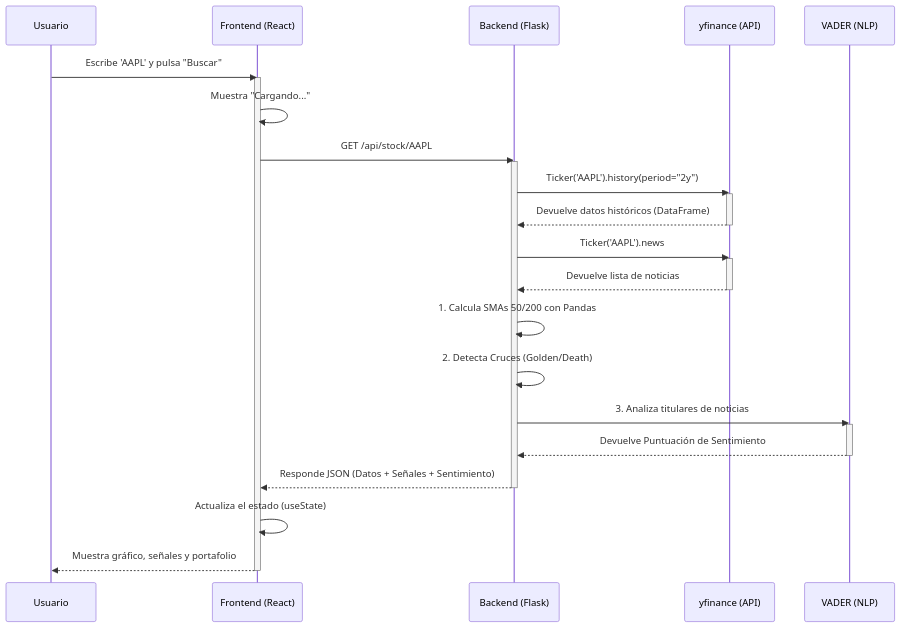
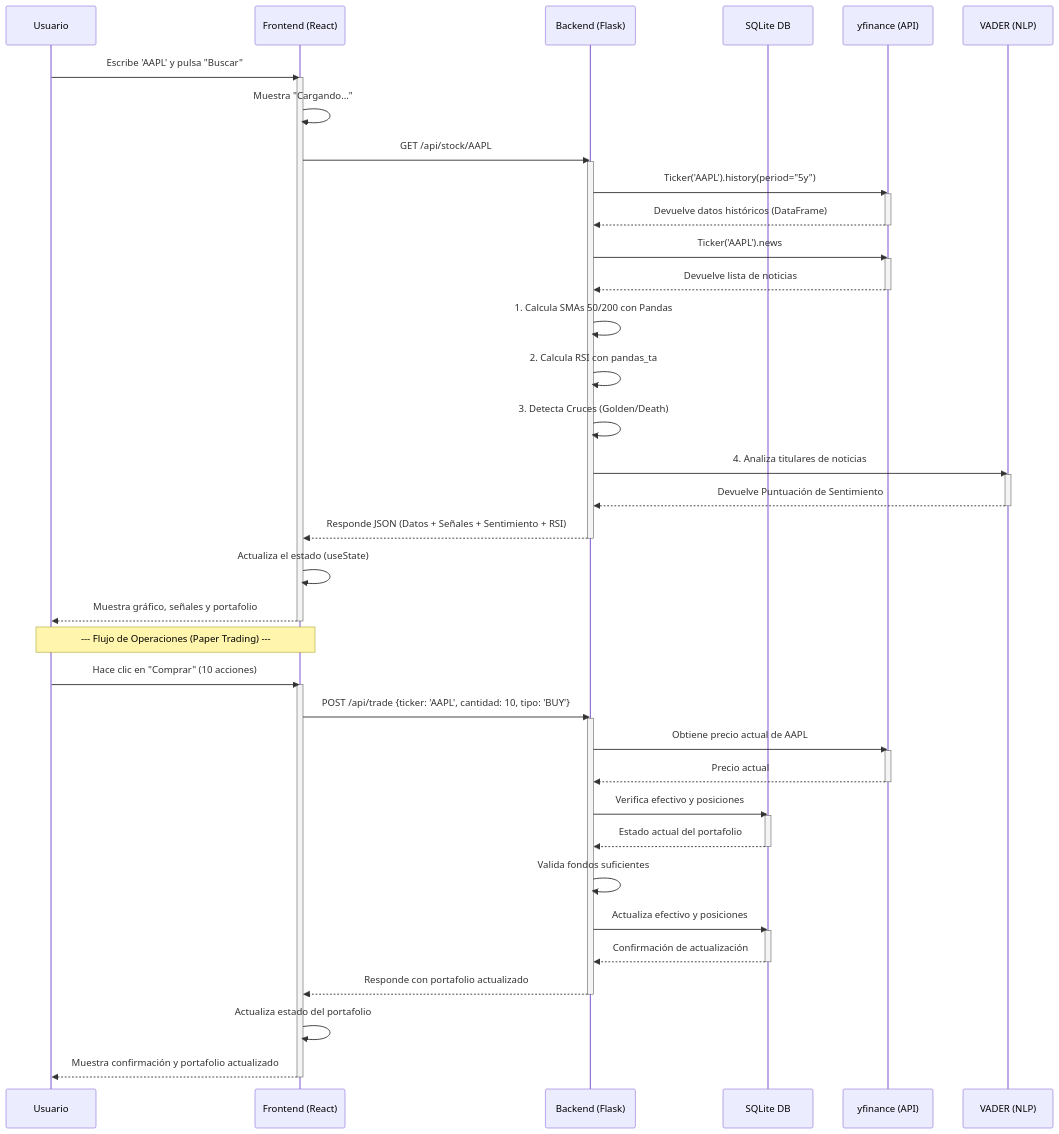
Before and after one commit to franjavi-upct-es/lumina_project: the second of 2 diagrams in README.md, drawn with Mermaid. The commit also changed other lines of this file and 14 other files, not shown here.

````diff
--- a/README.md
+++ b/README.md
@@ -89,39 +103,71 @@
 ```mermaid
 sequenceDiagram
     participant U as Usuario
     participant F as Frontend (React)
     participant B as Backend (Flask)
+    participant DB as SQLite DB
     participant YF as yfinance (API)
     participant V as VADER (NLP)
 
     U->>F: Escribe 'AAPL' y pulsa "Buscar"
     activate F
     F->>F: Muestra "Cargando..."
     F->>B: GET /api/stock/AAPL
     activate B
-    
-    B->>YF: Ticker('AAPL').history(period="2y")
+
+    B->>YF: Ticker('AAPL').history(period="5y")
     activate YF
     YF-->>B: Devuelve datos históricos (DataFrame)
     deactivate YF
-    
+
     B->>YF: Ticker('AAPL').news
     activate YF
     YF-->>B: Devuelve lista de noticias
     deactivate YF
-    
+
     B->>B: 1. Calcula SMAs 50/200 con Pandas
-    B->>B: 2. Detecta Cruces (Golden/Death)
-    
-    B->>V: 3. Analiza titulares de noticias
+    B->>B: 2. Calcula RSI con pandas_ta
+    B->>B: 3. Detecta Cruces (Golden/Death)
+
+    B->>V: 4. Analiza titulares de noticias
     activate V
     V-->>B: Devuelve Puntuación de Sentimiento
     deactivate V
-    
-    B-->>F: Responde JSON (Datos + Señales + Sentimiento)
+
+    B-->>F: Responde JSON (Datos + Señales + Sentimiento + RSI)
     deactivate B
-    
+
     F->>F: Actualiza el estado (useState)
     F-->>U: Muestra gráfico, señales y portafolio
     deactivate F
+
+    Note over U,F: --- Flujo de Operaciones (Paper Trading) ---
+
+    U->>F: Hace clic en "Comprar" (10 acciones)
+    activate F
+    F->>B: POST /api/trade {ticker: 'AAPL', cantidad: 10, tipo: 'BUY'}
+    activate B
+
+    B->>YF: Obtiene precio actual de AAPL
+    activate YF
+    YF-->>B: Precio actual
+    deactivate YF
+
+    B->>DB: Verifica efectivo y posiciones
+    activate DB
+    DB-->>B: Estado actual del portafolio
+    deactivate DB
+
+    B->>B: Valida fondos suficientes
+    B->>DB: Actualiza efectivo y posiciones
+    activate DB
+    DB-->>B: Confirmación de actualización
+    deactivate DB
+
+    B-->>F: Responde con portafolio actualizado
+    deactivate B
+
+    F->>F: Actualiza estado del portafolio
+    F-->>U: Muestra confirmación y portafolio actualizado
+    deactivate F
 ```
````
